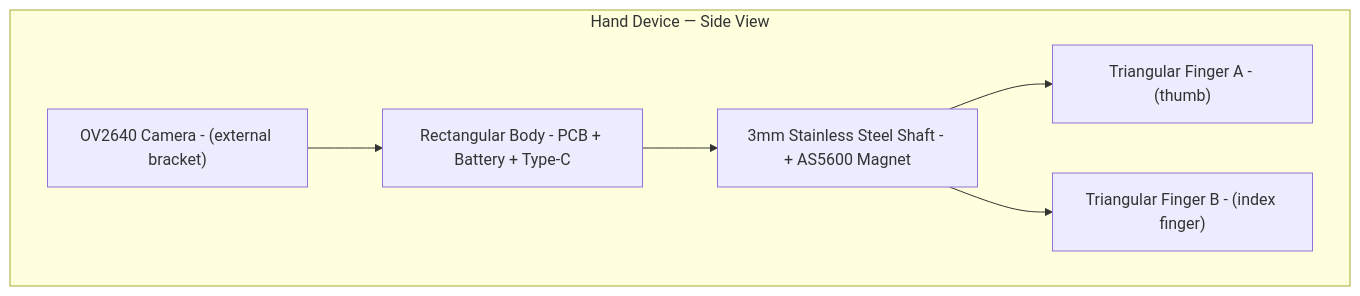
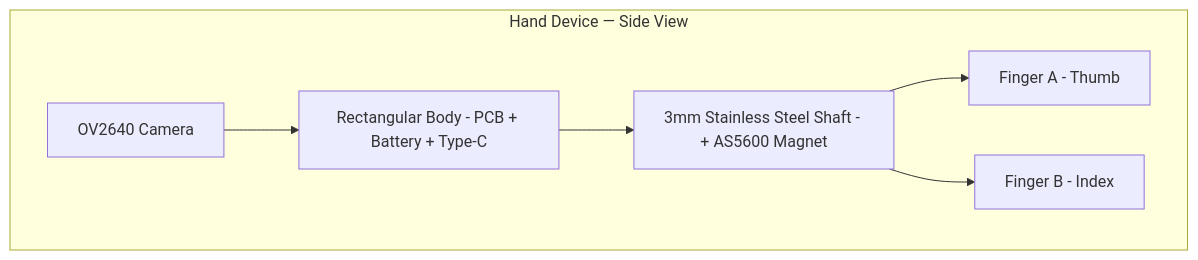
The diagram in docs/design/01-mechanical-design.md (Auromix/OpenUMI), drawn with Mermaid before and after one commit. The commit also changed 5 other files, not shown here.

First line of the commit message:
Fix Mermaid: remove emoji, parentheses, simplify all labels

````diff
--- a/docs/design/01-mechanical-design.md
+++ b/docs/design/01-mechanical-design.md
@@ -19,15 +19,15 @@
 ```mermaid
 graph TD
     subgraph Assembly["Hand Device — Side View"]
-        CAM["OV2640 Camera - (external bracket)"]
+        CAM["OV2640 Camera"]
         BODY["Rectangular Body - PCB + Battery + Type-C"]
         AXIS["3mm Stainless Steel Shaft - + AS5600 Magnet"]
-        FA["Triangular Finger A - (thumb)"]
-        FB["Triangular Finger B - (index finger)"]
+        FA["Finger A - Thumb"]
+        FB["Finger B - Index"]
     end
 
     CAM --> BODY
     BODY --> AXIS
     AXIS --> FA
     AXIS --> FB
 ```
````
